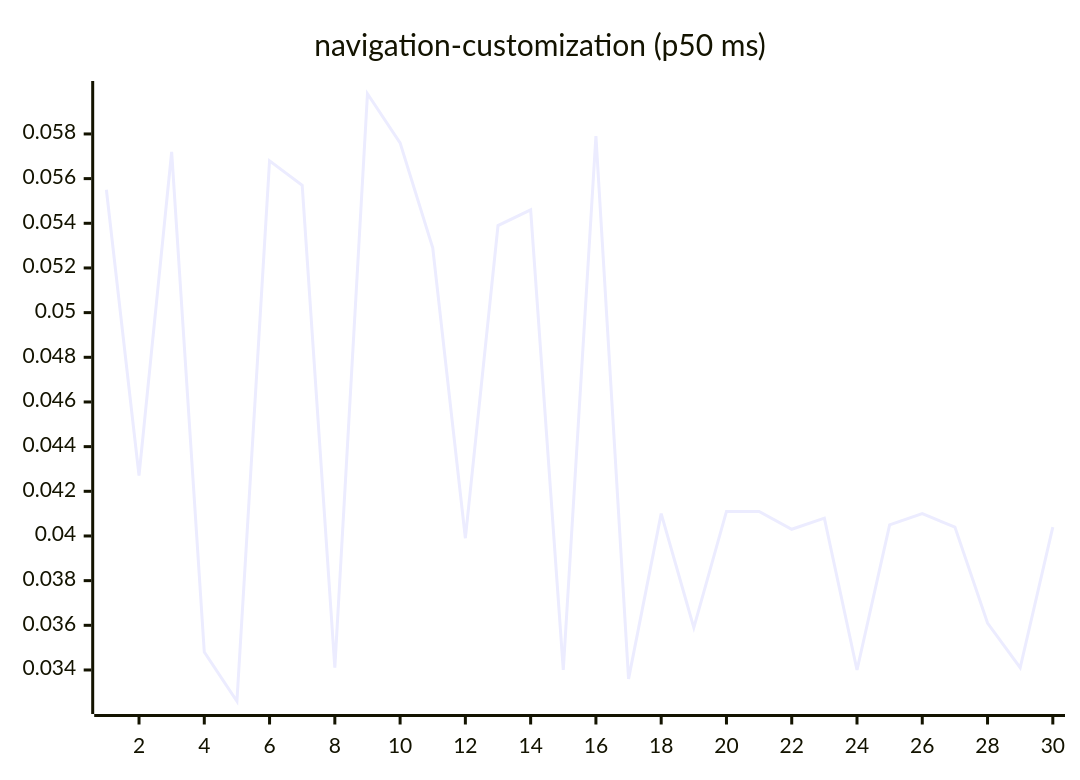
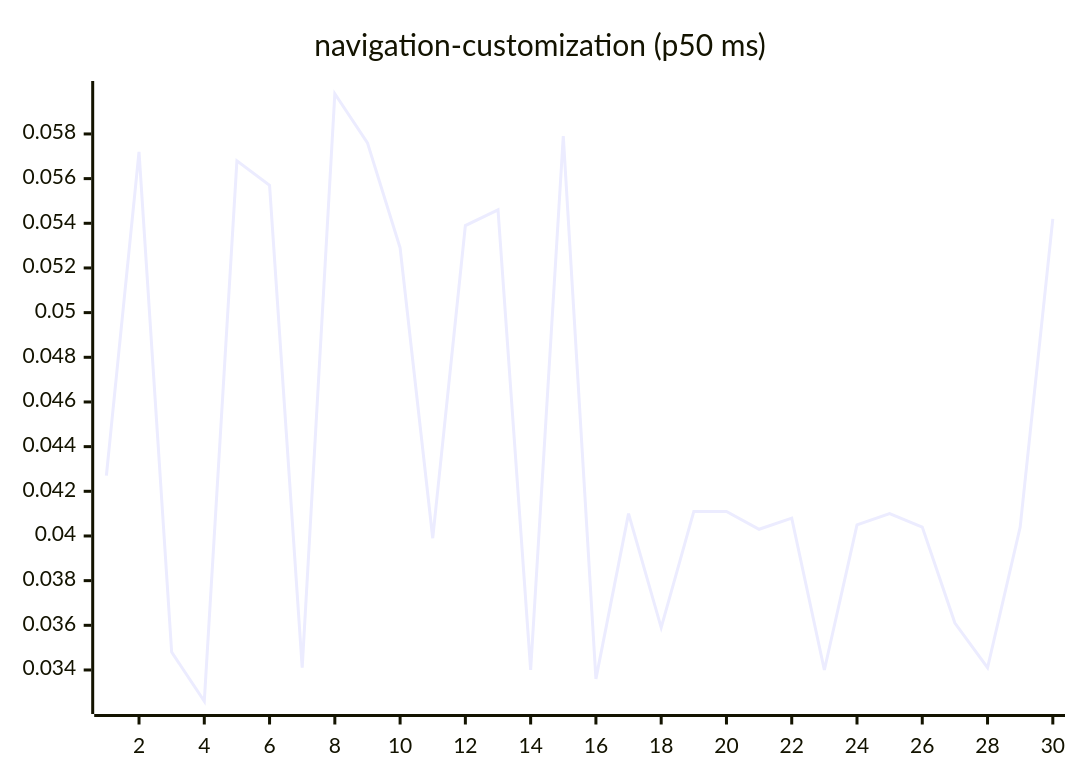
One commit to josha/Facet changed diagram 15 of 27 in README.md. Above: the diagram before and after it, drawn with Mermaid. The commit also changed other lines of this file and 2 other files, not shown here.

````diff
--- a/README.md
+++ b/README.md
@@ -161,6 +161,6 @@
 ```mermaid
 xychart-beta
     title "navigation-customization (p50 ms)"
     x-axis 1 --> 30
-    line [0.0555, 0.0427, 0.0572, 0.0348, 0.0326, 0.0568, 0.0557, 0.0341, 0.0598, 0.0576, 0.0529, 0.0399, 0.0539, 0.0546, 0.0340, 0.0579, 0.0336, 0.0410, 0.0359, 0.0411, 0.0411, 0.0403, 0.0408, 0.0340, 0.0405, 0.0410, 0.0404, 0.0361, 0.0341, 0.0404]
+    line [0.0427, 0.0572, 0.0348, 0.0326, 0.0568, 0.0557, 0.0341, 0.0598, 0.0576, 0.0529, 0.0399, 0.0539, 0.0546, 0.0340, 0.0579, 0.0336, 0.0410, 0.0359, 0.0411, 0.0411, 0.0403, 0.0408, 0.0340, 0.0405, 0.0410, 0.0404, 0.0361, 0.0341, 0.0404, 0.0542]
 ```
````
